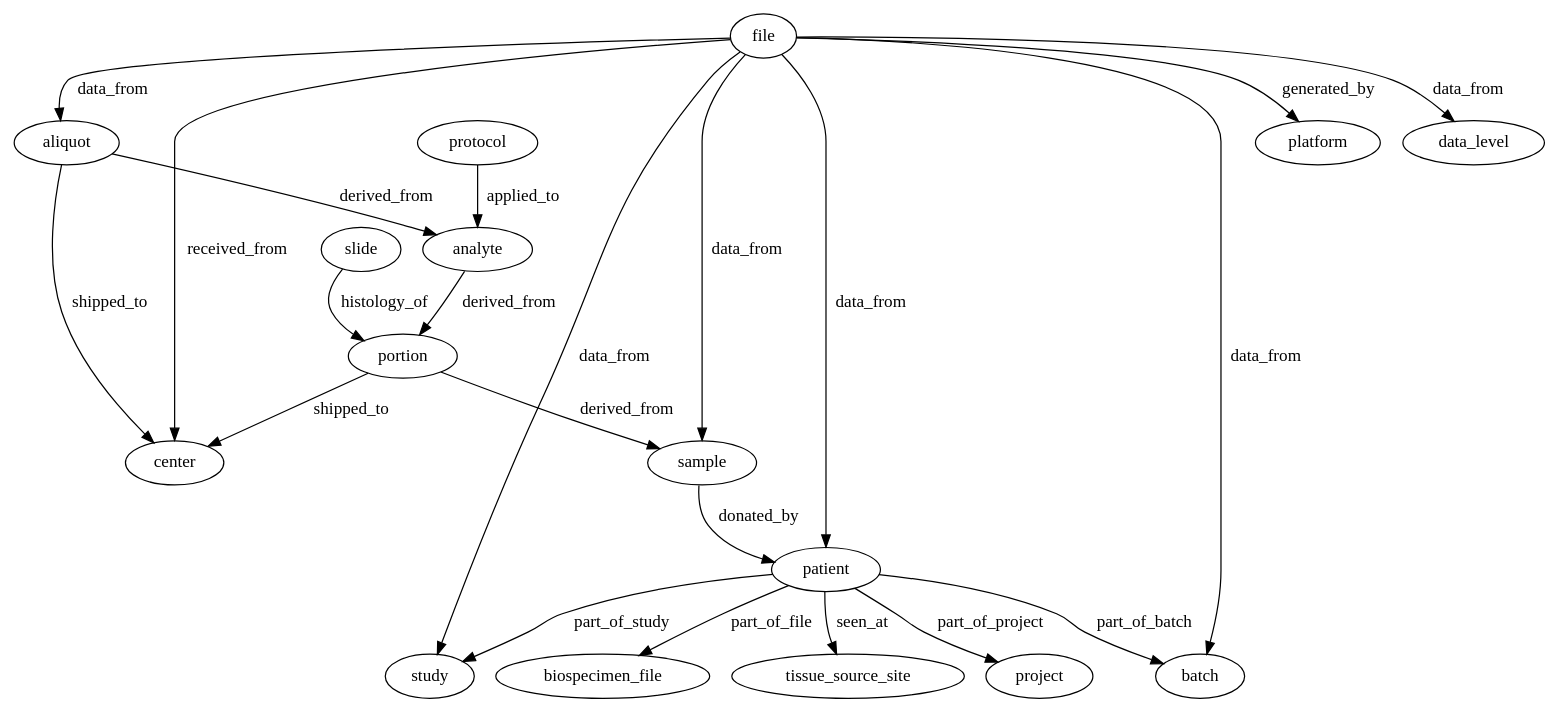
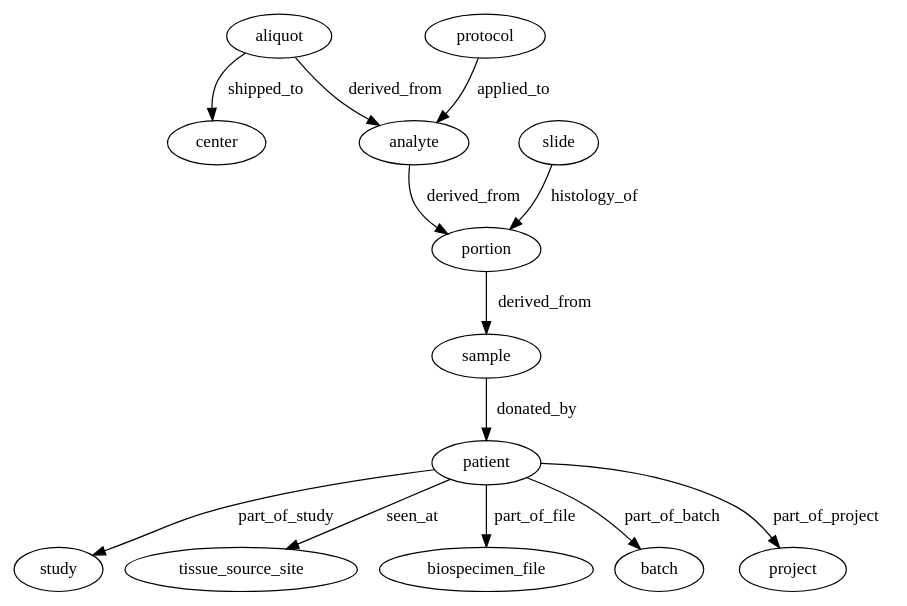
One commit to NCI-GDC/gdcdatamodel changed the diagram in data_model/visualization/generated.gv. Above: the diagram before and after it, drawn with Graphviz. The commit also changed 7 other files, not shown here.

Commit message:
updated graph2neo to make use of parameter optimization and query plan caching

```diff
--- a/data_model/visualization/generated.gv
+++ b/data_model/visualization/generated.gv
@@ -1,66 +1,39 @@
 // XML Generate Datamodel
 digraph {
-	aliquot
-	analyte
-		aliquot -> analyte [label=derived_from]
-	aliquot
-	center
-		aliquot -> center [label=shipped_to]
-	analyte
-	portion
-		analyte -> portion [label=derived_from]
-	sample
 	patient
-		sample -> patient [label=donated_by]
+	study
+		patient -> study [label=part_of_study]
+	patient
+	tissue_source_site
+		patient -> tissue_source_site [label=seen_at]
+	patient
+	biospecimen_file
+		patient -> biospecimen_file [label=part_of_file]
 	patient
 	batch
 		patient -> batch [label=part_of_batch]
 	patient
-	tissue_source_site
-		patient -> tissue_source_site [label=seen_at]
-	patient
-	study
-		patient -> study [label=part_of_study]
+	project
+		patient -> project [label=part_of_project]
+	aliquot
+	center
+		aliquot -> center [label=shipped_to]
+	aliquot
+	analyte
+		aliquot -> analyte [label=derived_from]
+	analyte
+	portion
+		analyte -> portion [label=derived_from]
 	portion
 	sample
 		portion -> sample [label=derived_from]
+	sample
+	patient
+		sample -> patient [label=donated_by]
+	slide
+	portion
+		slide -> portion [label=histology_of]
 	protocol
 	analyte
 		protocol -> analyte [label=applied_to]
-	patient
-	project
-		patient -> project [label=part_of_project]
-	patient
-	biospecimen_file
-		patient -> biospecimen_file [label=part_of_file]
-	slide
-	portion
-		slide -> portion [label=histology_of]
-	portion
-	center
-		portion -> center [label=shipped_to]
-	file
-	center
-		file -> center [label=received_from]
-	file
-	platform
-		file -> platform [label=generated_by]
-	file
-	study
-		file -> study [label=data_from]
-	file
-	batch
-		file -> batch [label=data_from]
-	file
-	data_level
-		file -> data_level [label=data_from]
-	file
-	aliquot
-		file -> aliquot [label=data_from]
-	file
-	sample
-		file -> sample [label=data_from]
-	file
-	patient
-		file -> patient [label=data_from]
 }
```
